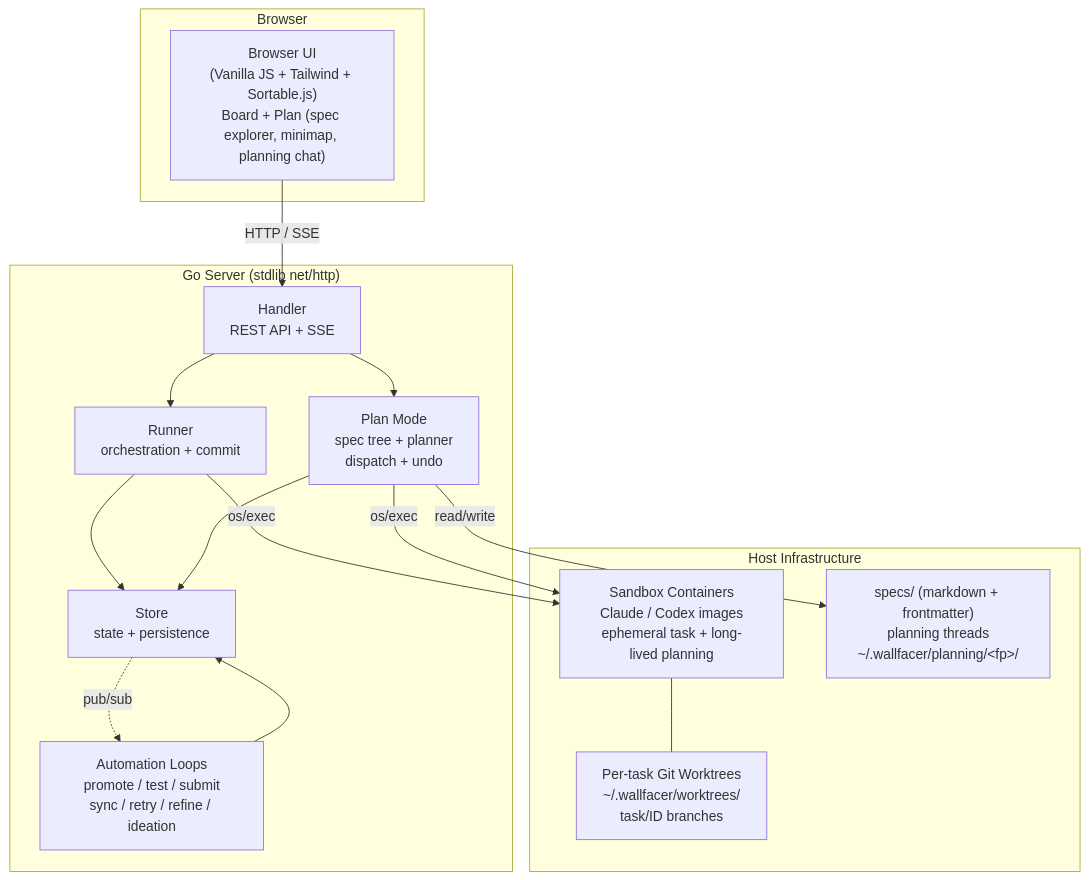
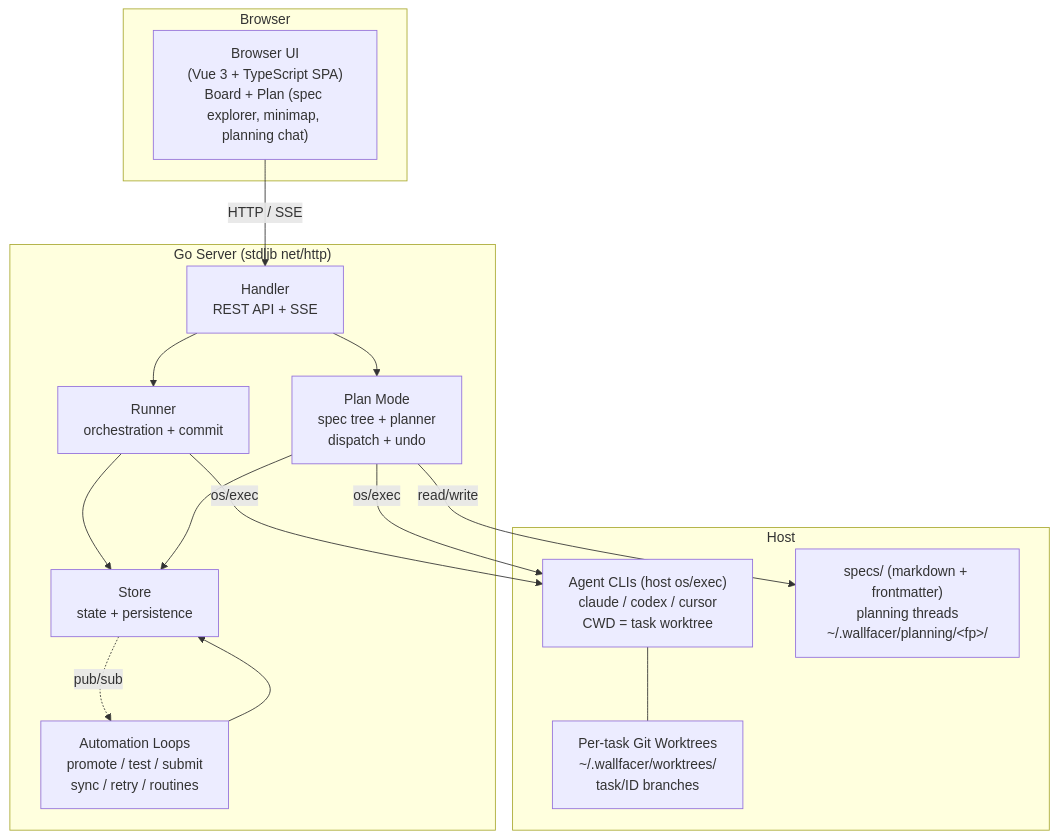
The first of 6 diagrams in docs/internals/architecture.md (changkun/wallfacer), drawn with Mermaid before and after one commit. The commit also changed other lines of this file, not shown here.

First line of the commit message:
docs(internals): host-process architecture, real package map and watchers

````diff
--- a/docs/internals/architecture.md
+++ b/docs/internals/architecture.md
@@ -7,33 +15,33 @@
 ```mermaid
 graph TB
     subgraph Browser
-        UI["Browser UI<br/>(Vanilla JS + Tailwind + Sortable.js)<br/>Board + Plan (spec explorer, minimap, planning chat)"]
+        UI["Browser UI<br/>(Vue 3 + TypeScript SPA)<br/>Board + Plan (spec explorer, minimap, planning chat)"]
     end
 
     subgraph Server["Go Server (stdlib net/http)"]
         Handler["Handler<br/>REST API + SSE"]
         Runner["Runner<br/>orchestration + commit"]
         Store["Store<br/>state + persistence"]
-        Automation["Automation Loops<br/>promote / test / submit<br/>sync / retry / refine / ideation"]
+        Automation["Automation Loops<br/>promote / test / submit<br/>sync / retry / routines"]
         Plan["Plan Mode<br/>spec tree + planner<br/>dispatch + undo"]
 
         Handler --> Runner
         Handler --> Plan
         Runner --> Store
         Automation --> Store
         Plan --> Store
         Store -.->|pub/sub| Automation
     end
 
-    subgraph Infra["Host Infrastructure"]
-        Containers["Sandbox Containers<br/>Claude / Codex images<br/>ephemeral task + long-lived planning"]
+    subgraph Infra["Host"]
+        Agents["Agent CLIs (host os/exec)<br/>claude / codex / cursor<br/>CWD = task worktree"]
         Worktrees["Per-task Git Worktrees<br/>~/.wallfacer/worktrees/<br/>task/ID branches"]
         SpecsFS["specs/ (markdown + frontmatter)<br/>planning threads<br/>~/.wallfacer/planning/&lt;fp&gt;/"]
-        Containers --- Worktrees
+        Agents --- Worktrees
     end
 
     UI -->|"HTTP / SSE"| Handler
-    Runner -->|os/exec| Containers
-    Plan -->|os/exec| Containers
+    Runner -->|os/exec| Agents
+    Plan -->|os/exec| Agents
     Plan -->|read/write| SpecsFS
 ```
````
